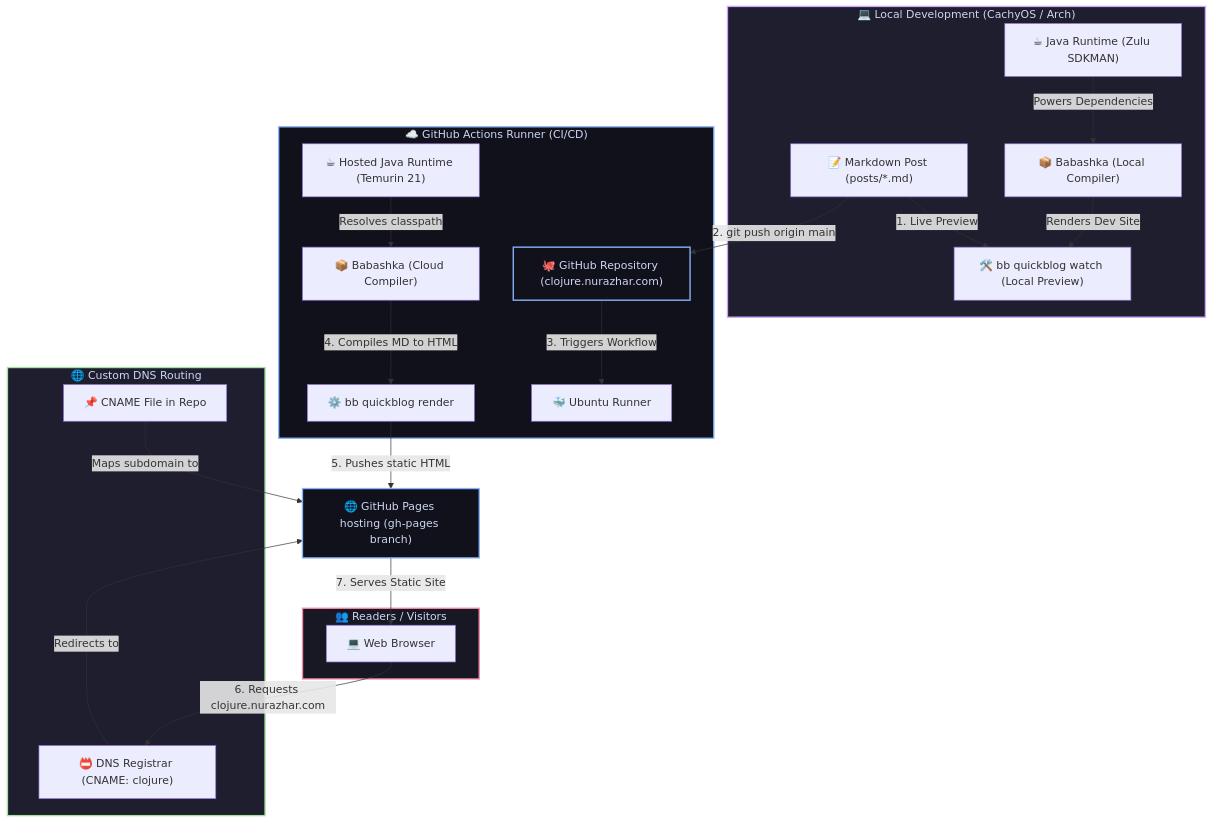
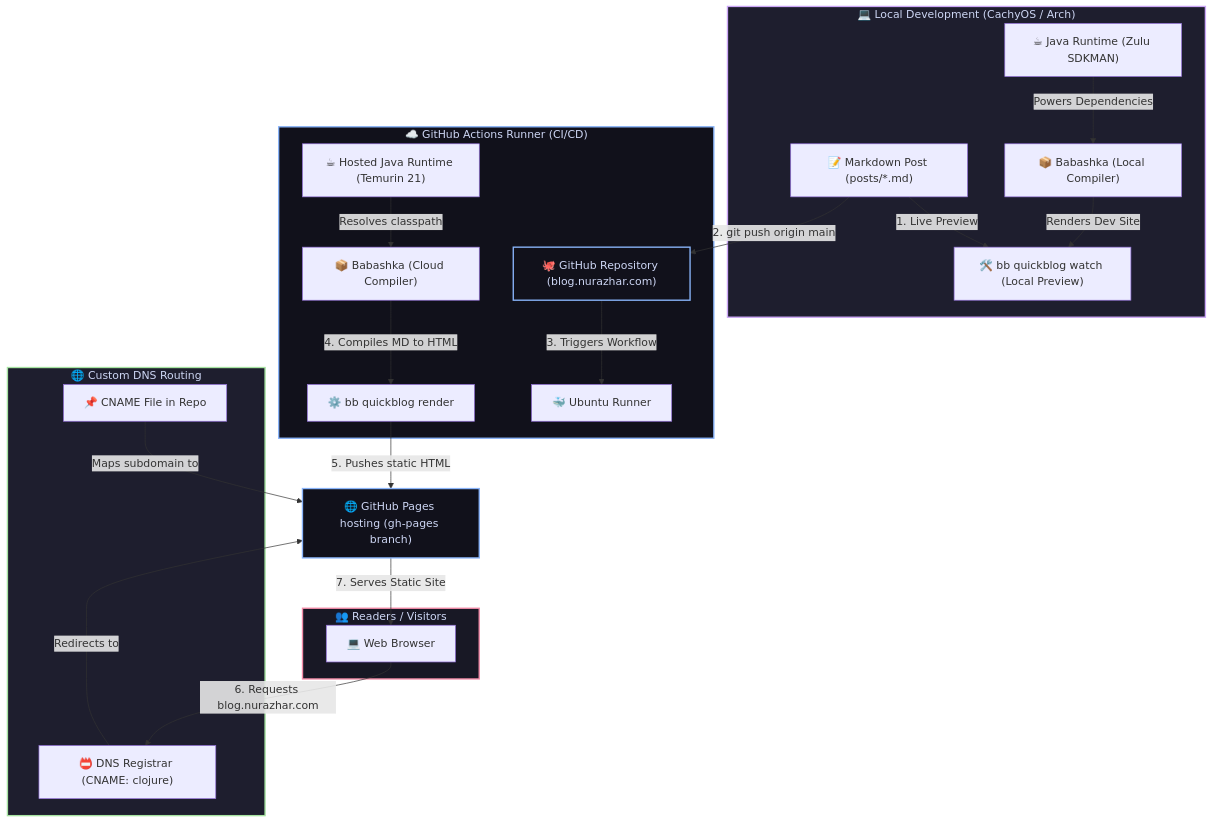
Before and after one commit to nurazhardotcom/clojure.nurazhar.com: the diagram in README.md, drawn with Mermaid. The commit also changed other lines of this file and 2 other files, not shown here.

Commit message:
Update obsolete domain references to blog.nurazhar.com

````diff
--- a/README.md
+++ b/README.md
@@ -13,61 +13,61 @@
 ```mermaid
 graph TD
     %% Define Styles
     classDef local fill:#1e1e2e,stroke:#cba6f7,stroke-width:2px,color:#cdd6f4;
     classDef cloud fill:#11111b,stroke:#89b4fa,stroke-width:2px,color:#cdd6f4;
     classDef dns fill:#1e1e2e,stroke:#a6e3a1,stroke-width:2px,color:#cdd6f4;
     classDef user fill:#181825,stroke:#f38ba8,stroke-width:2px,color:#cdd6f4;
 
     %% Local Laptop
     subgraph Local_Laptop ["💻 Local Development (CachyOS / Arch)"]
         A["📝 Markdown Post (posts/*.md)"]
         B["🛠️ bb quickblog watch (Local Preview)"]
         C["☕ Java Runtime (Zulu SDKMAN)"]
         D["📦 Babashka (Local Compiler)"]
         
         A -->|1. Live Preview| B
         C -->|Powers Dependencies| D
         D -->|Renders Dev Site| B
     end
     class Local_Laptop local;
 
     %% Git Push
-    A -->|2. git push origin main| E["🐙 GitHub Repository (clojure.nurazhar.com)"]
+    A -->|2. git push origin main| E["🐙 GitHub Repository (blog.nurazhar.com)"]
     class E cloud;
 
     %% GitHub Actions
     subgraph Cloud_Pipeline ["☁️ GitHub Actions Runner (CI/CD)"]
         F["🐳 Ubuntu Runner"]
         G["☕ Hosted Java Runtime (Temurin 21)"]
         H["📦 Babashka (Cloud Compiler)"]
         I["⚙️ bb quickblog render"]
         
         E -->|3. Triggers Workflow| F
         G -->|Resolves classpath| H
         H -->|4. Compiles MD to HTML| I
     end
     class Cloud_Pipeline cloud;
 
     %% Deployment
     I -->|5. Pushes static HTML| J["🌐 GitHub Pages hosting (gh-pages branch)"]
     class J cloud;
 
     %% DNS Routing
     subgraph DNS_System ["🌐 Custom DNS Routing"]
         K["📛 DNS Registrar (CNAME: clojure)"]
         L["📌 CNAME File in Repo"]
     end
     class DNS_System dns;
 
     K -->|Redirects to| J
     L -->|Maps subdomain to| J
 
     %% Reader
     subgraph Readers ["👥 Readers / Visitors"]
         M["💻 Web Browser"]
     end
     class Readers user;
 
-    M -->|6. Requests clojure.nurazhar.com| K
+    M -->|6. Requests blog.nurazhar.com| K
     J -->|7. Serves Static Site| M
 ```
````
